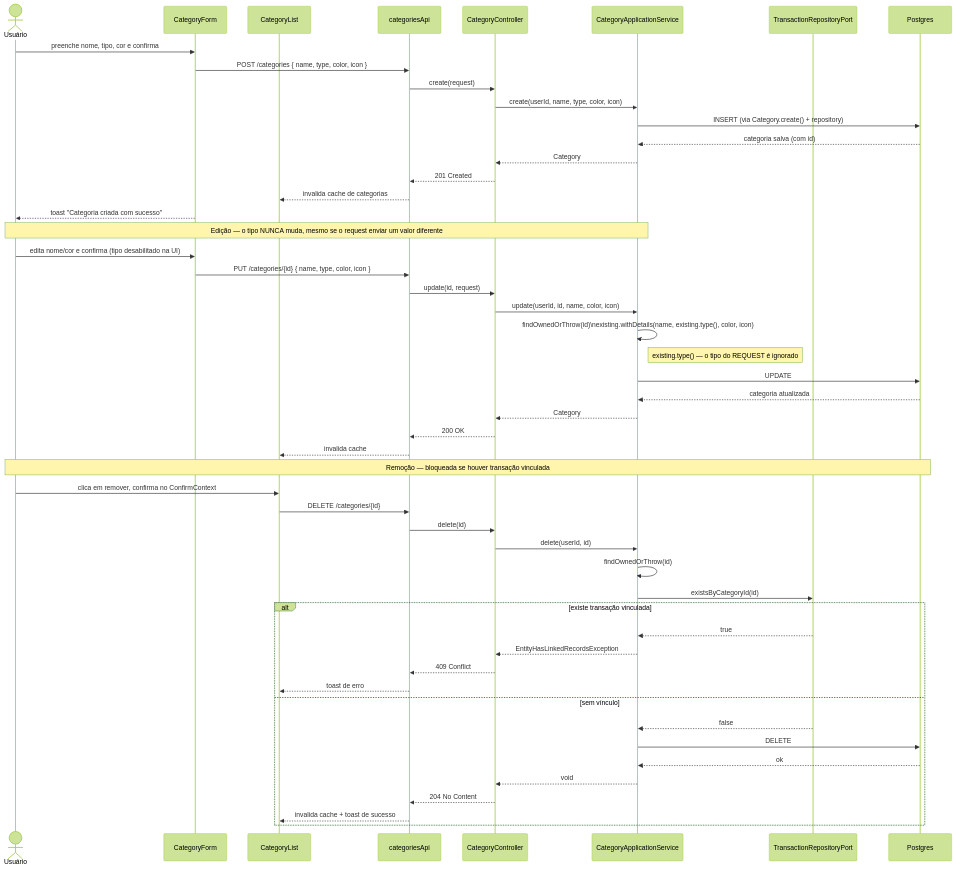
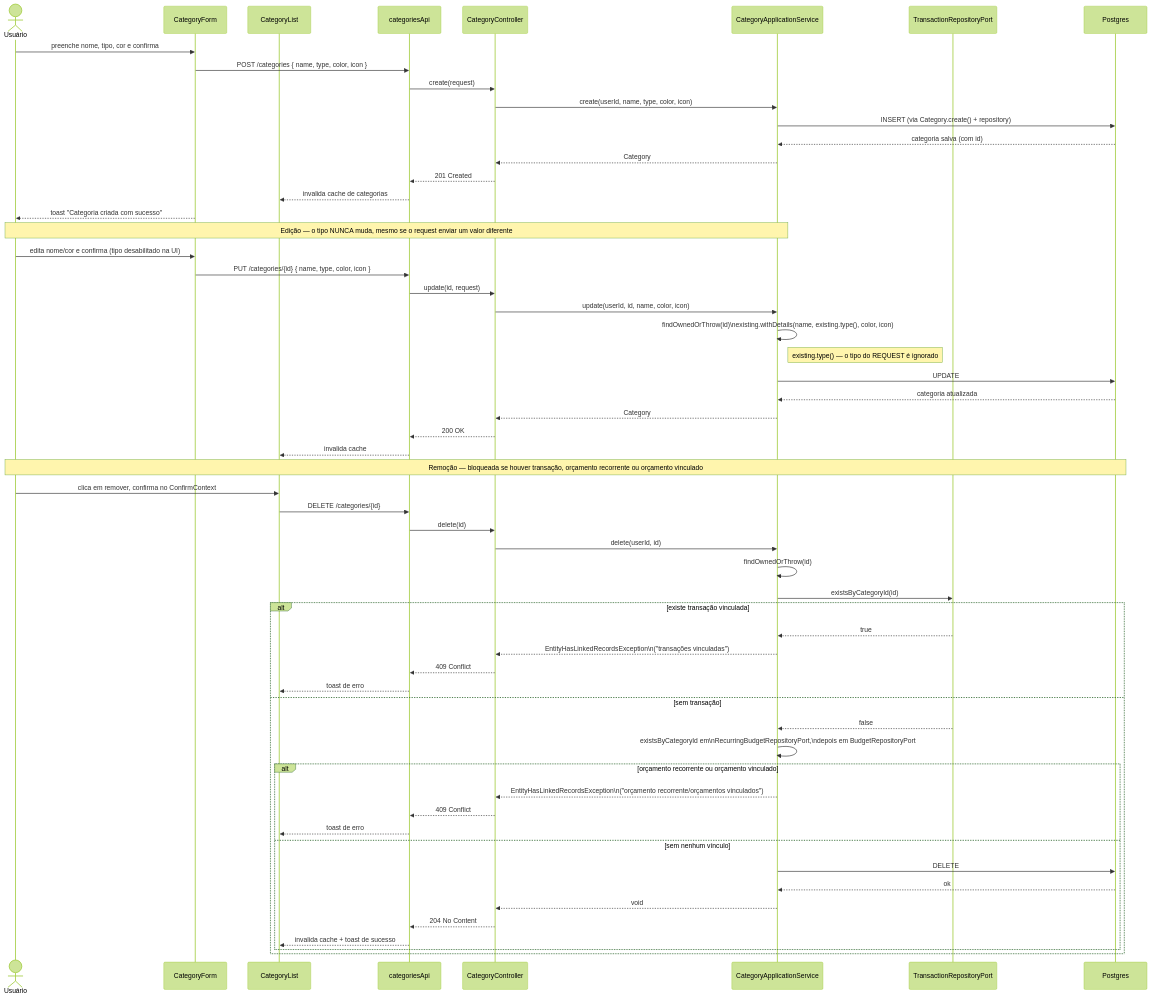
Before and after one commit to leozztto/LmfFinPro: the third of 4 diagrams in docs/tecnica/fluxo-categorias.md, drawn with Mermaid (forest theme). The commit also changed other lines of this file and 44 other files, not shown here.

````diff
--- a/docs/tecnica/fluxo-categorias.md
+++ b/docs/tecnica/fluxo-categorias.md
@@ -108,56 +112,63 @@
 ```mermaid
 sequenceDiagram
     actor U as Usuário
     participant Form as CategoryForm
     participant List as CategoryList
     participant API as categoriesApi
     participant Ctrl as CategoryController
     participant Svc as CategoryApplicationService
     participant TxRepo as TransactionRepositoryPort
     participant DB as Postgres
 
     U->>Form: preenche nome, tipo, cor e confirma
     Form->>API: POST /categories { name, type, color, icon }
     API->>Ctrl: create(request)
     Ctrl->>Svc: create(userId, name, type, color, icon)
     Svc->>DB: INSERT (via Category.create() + repository)
     DB-->>Svc: categoria salva (com id)
     Svc-->>Ctrl: Category
     Ctrl-->>API: 201 Created
     API-->>List: invalida cache de categorias
     Form-->>U: toast "Categoria criada com sucesso"
 
     Note over U,Svc: Edição — o tipo NUNCA muda, mesmo se o request enviar um valor diferente
     U->>Form: edita nome/cor e confirma (tipo desabilitado na UI)
     Form->>API: PUT /categories/{id} { name, type, color, icon }
     API->>Ctrl: update(id, request)
     Ctrl->>Svc: update(userId, id, name, color, icon)
     Svc->>Svc: findOwnedOrThrow(id)\nexisting.withDetails(name, existing.type(), color, icon)
     Note right of Svc: existing.type() — o tipo do REQUEST é ignorado
     Svc->>DB: UPDATE
     DB-->>Svc: categoria atualizada
     Svc-->>Ctrl: Category
     Ctrl-->>API: 200 OK
     API-->>List: invalida cache
 
-    Note over U,DB: Remoção — bloqueada se houver transação vinculada
+    Note over U,DB: Remoção — bloqueada se houver transação, orçamento recorrente ou orçamento vinculado
     U->>List: clica em remover, confirma no ConfirmContext
     List->>API: DELETE /categories/{id}
     API->>Ctrl: delete(id)
     Ctrl->>Svc: delete(userId, id)
     Svc->>Svc: findOwnedOrThrow(id)
     Svc->>TxRepo: existsByCategoryId(id)
     alt existe transação vinculada
         TxRepo-->>Svc: true
-        Svc-->>Ctrl: EntityHasLinkedRecordsException
+        Svc-->>Ctrl: EntityHasLinkedRecordsException\n("transações vinculadas")
         Ctrl-->>API: 409 Conflict
         API-->>List: toast de erro
-    else sem vínculo
+    else sem transação
         TxRepo-->>Svc: false
-        Svc->>DB: DELETE
-        DB-->>Svc: ok
-        Svc-->>Ctrl: void
-        Ctrl-->>API: 204 No Content
-        API-->>List: invalida cache + toast de sucesso
+        Svc->>Svc: existsByCategoryId em\nRecurringBudgetRepositoryPort,\ndepois em BudgetRepositoryPort
+        alt orçamento recorrente ou orçamento vinculado
+            Svc-->>Ctrl: EntityHasLinkedRecordsException\n("orçamento recorrente/orçamentos vinculados")
+            Ctrl-->>API: 409 Conflict
+            API-->>List: toast de erro
+        else sem nenhum vínculo
+            Svc->>DB: DELETE
+            DB-->>Svc: ok
+            Svc-->>Ctrl: void
+            Ctrl-->>API: 204 No Content
+            API-->>List: invalida cache + toast de sucesso
+        end
     end
 ```
````
